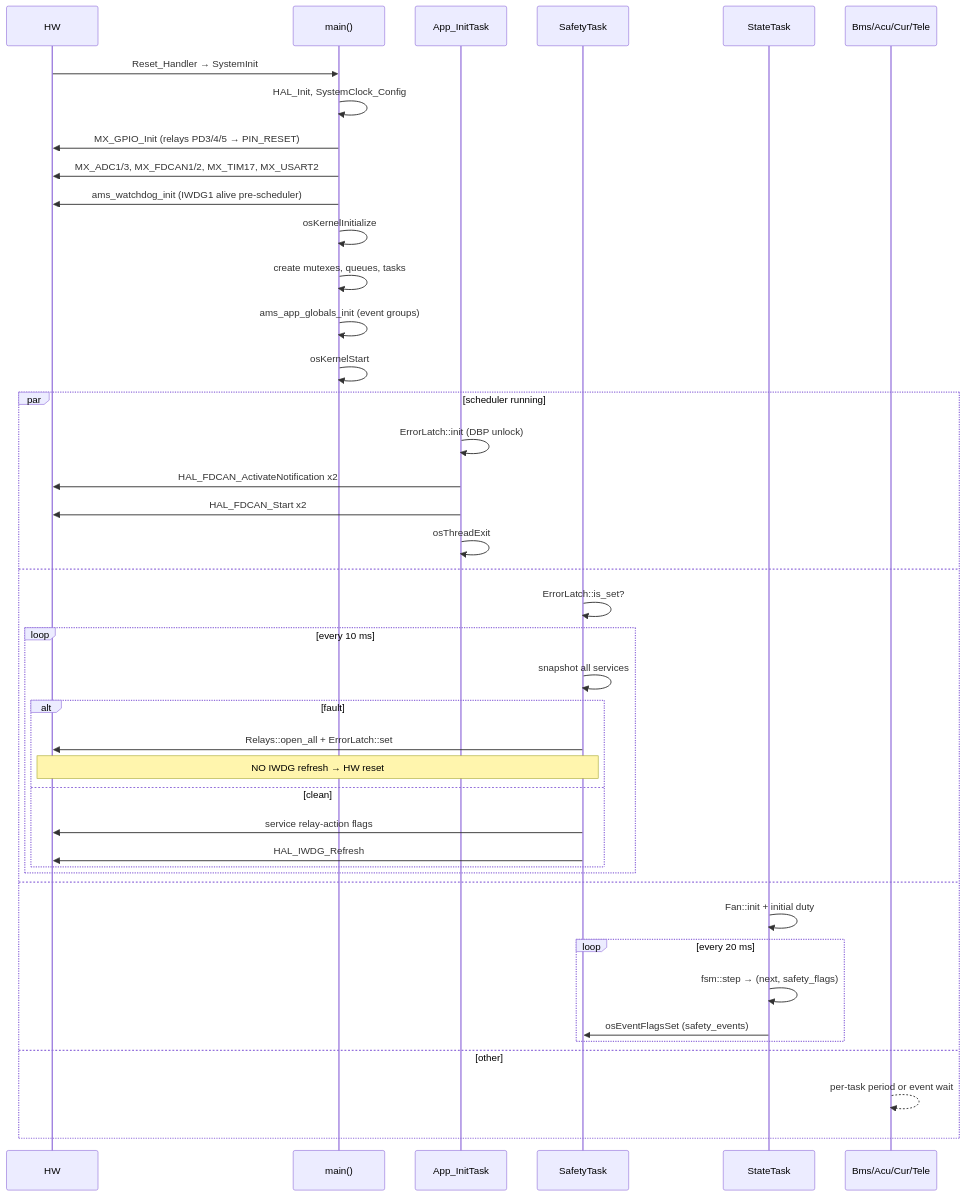
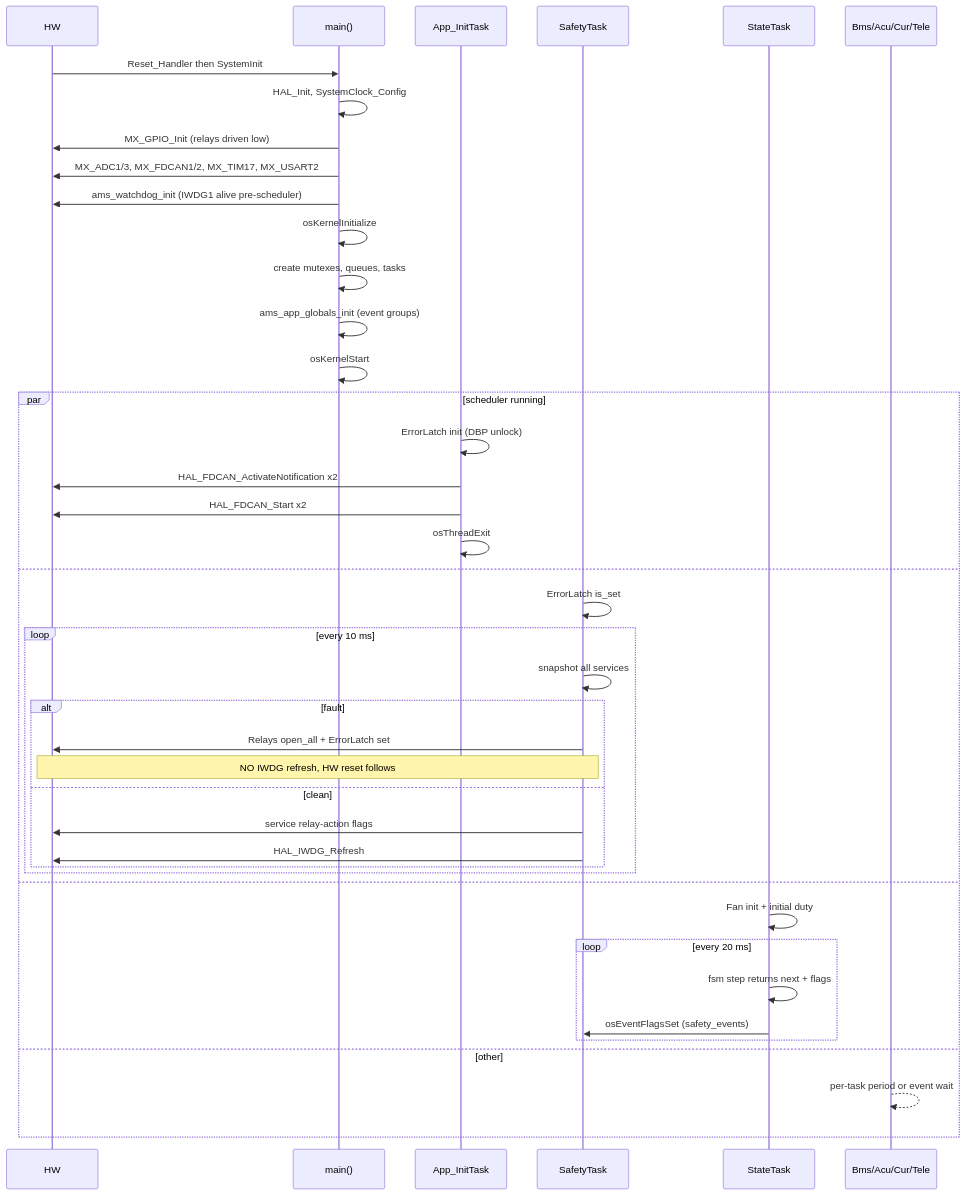
One commit to isc-fs/IFS08-CE-AMS changed the third of 3 diagrams in docs/ARCHITECTURE.md. Above: the diagram before and after it, drawn with Mermaid. The commit also changed other lines of this file, not shown here.

First line of the commit message:
fix: mermaid FSM rendering -- choice pseudo-state, no special chars in labels

````diff
--- a/docs/ARCHITECTURE.md
+++ b/docs/ARCHITECTURE.md
@@ -229,46 +239,46 @@
 ```mermaid
 sequenceDiagram
   participant HW
   participant main as main()
   participant init as App_InitTask
   participant safe as SafetyTask
   participant state as StateTask
   participant other as Bms/Acu/Cur/Tele
 
-  HW->>main: Reset_Handler → SystemInit
+  HW->>main: Reset_Handler then SystemInit
   main->>main: HAL_Init, SystemClock_Config
-  main->>HW: MX_GPIO_Init (relays PD3/4/5 → PIN_RESET)
+  main->>HW: MX_GPIO_Init (relays driven low)
   main->>HW: MX_ADC1/3, MX_FDCAN1/2, MX_TIM17, MX_USART2
   main->>HW: ams_watchdog_init (IWDG1 alive pre-scheduler)
   main->>main: osKernelInitialize
   main->>main: create mutexes, queues, tasks
   main->>main: ams_app_globals_init (event groups)
   main->>main: osKernelStart
 
   par scheduler running
-    init->>init: ErrorLatch::init (DBP unlock)
+    init->>init: ErrorLatch init (DBP unlock)
     init->>HW: HAL_FDCAN_ActivateNotification x2
     init->>HW: HAL_FDCAN_Start x2
     init->>init: osThreadExit
   and
-    safe->>safe: ErrorLatch::is_set?
+    safe->>safe: ErrorLatch is_set
     loop every 10 ms
       safe->>safe: snapshot all services
       alt fault
-        safe->>HW: Relays::open_all + ErrorLatch::set
-        Note over safe,HW: NO IWDG refresh → HW reset
+        safe->>HW: Relays open_all + ErrorLatch set
+        Note over safe,HW: NO IWDG refresh, HW reset follows
       else clean
         safe->>HW: service relay-action flags
         safe->>HW: HAL_IWDG_Refresh
       end
     end
   and
-    state->>state: Fan::init + initial duty
+    state->>state: Fan init + initial duty
     loop every 20 ms
-      state->>state: fsm::step → (next, safety_flags)
+      state->>state: fsm step returns next + flags
       state->>safe: osEventFlagsSet (safety_events)
     end
   and other
     other-->>other: per-task period or event wait
   end
 ```
````
